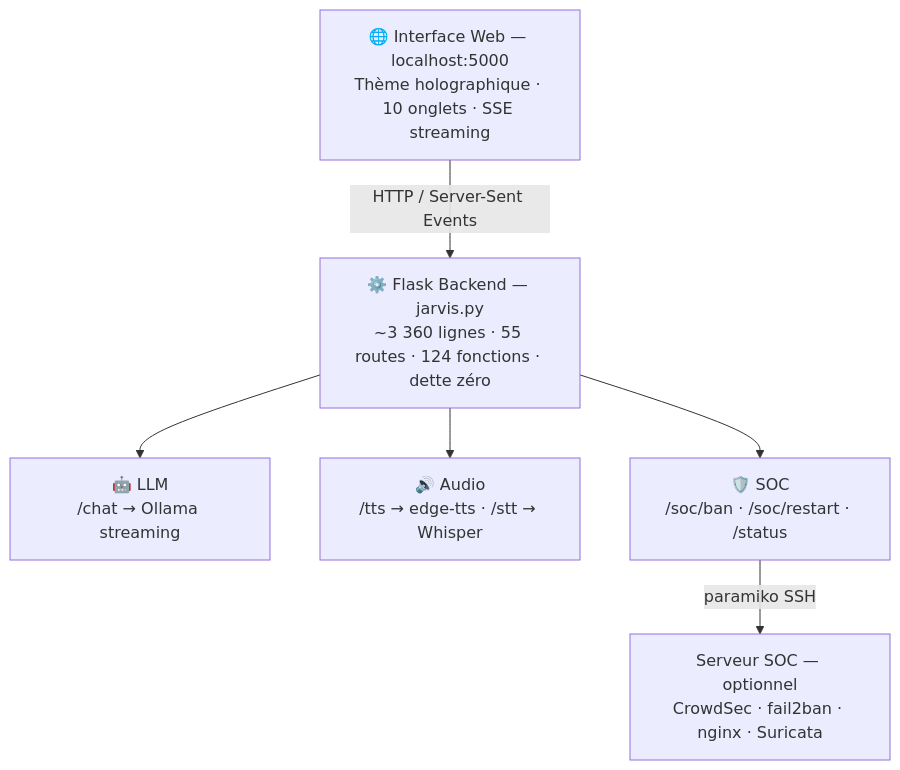
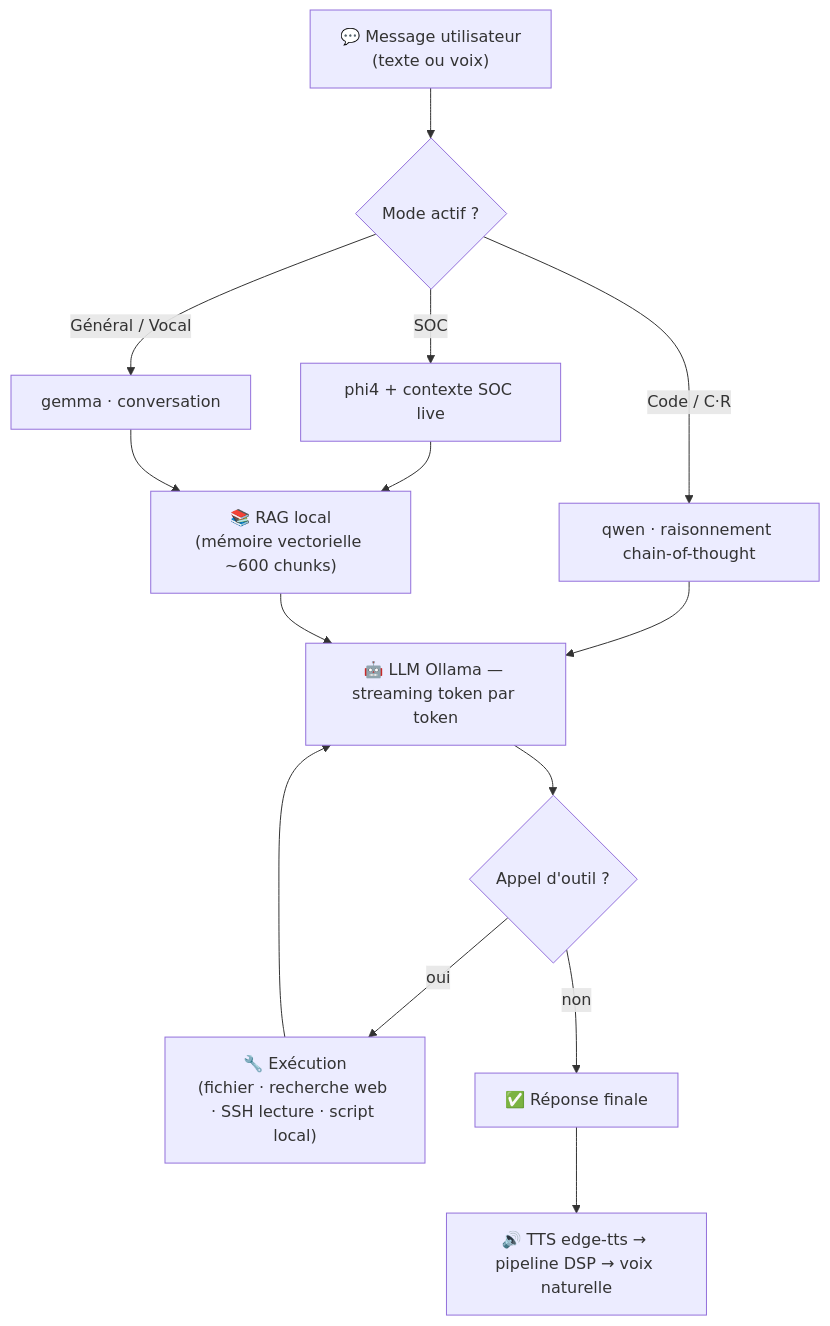
One commit to 0xCyberLiTech/JARVIS changed the second of 6 diagrams in README.md. Above: the diagram before and after it, drawn with Mermaid. The commit also changed other lines of this file and 12 other files, not shown here.

````diff
--- a/README.md
+++ b/README.md
@@ -204,15 +208,16 @@
 ```mermaid
 flowchart TD
-    A["🌐 Interface Web — localhost:5000\nThème holographique · 10 onglets · SSE streaming"]
-    B["⚙️ Flask Backend — jarvis.py\n~3 360 lignes · 55 routes · 124 fonctions · dette zéro"]
-    C["🤖 LLM\n/chat → Ollama streaming"]
-    D["🔊 Audio\n/tts → edge-tts · /stt → Whisper"]
-    E["🛡️ SOC\n/soc/ban · /soc/restart · /status"]
-    F["Serveur SOC — optionnel\nCrowdSec · fail2ban · nginx · Suricata"]
-
-    A -->|HTTP / Server-Sent Events| B
-    B --> C
-    B --> D
-    B --> E
-    E -->|paramiko SSH| F
+    A["💬 Message utilisateur<br/>(texte ou voix)"] --> B{"Mode actif ?"}
+    B -->|SOC| C["phi4 + contexte SOC live"]
+    B -->|Code / C·R| D["qwen · raisonnement chain-of-thought"]
+    B -->|Général / Vocal| E["gemma · conversation"]
+    C --> R["📚 RAG local<br/>(mémoire vectorielle ~600 chunks)"]
+    D --> F
+    E --> R
+    R --> F["🤖 LLM Ollama — streaming token par token"]
+    F --> G{"Appel d'outil ?"}
+    G -->|oui| H["🔧 Exécution<br/>(fichier · recherche web · SSH lecture · script local)"]
+    H --> F
+    G -->|non| I["✅ Réponse finale"]
+    I --> J["🔊 TTS edge-tts → pipeline DSP → voix naturelle"]
 ```
````
